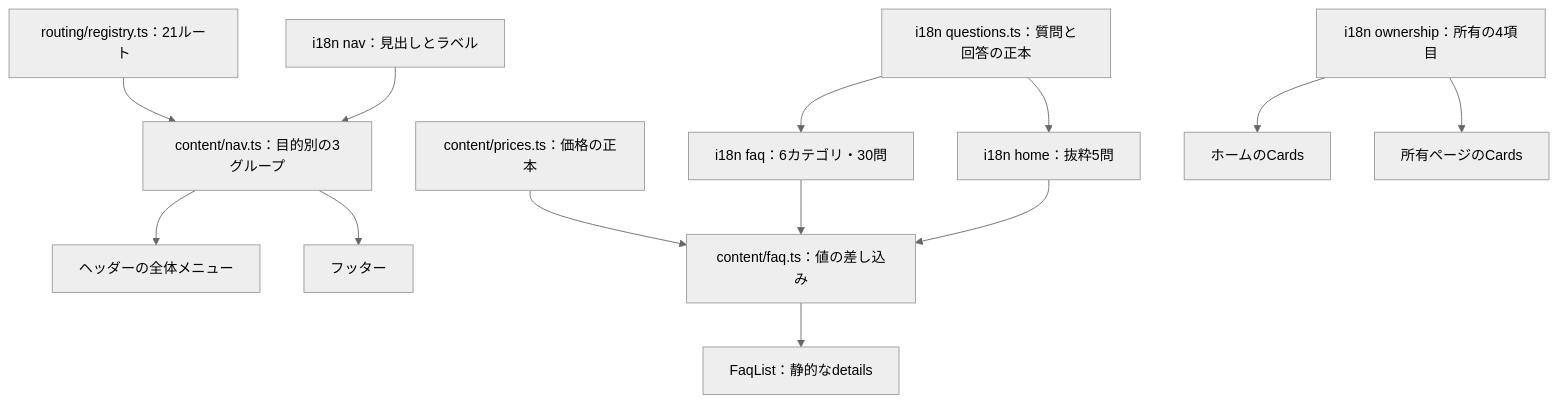
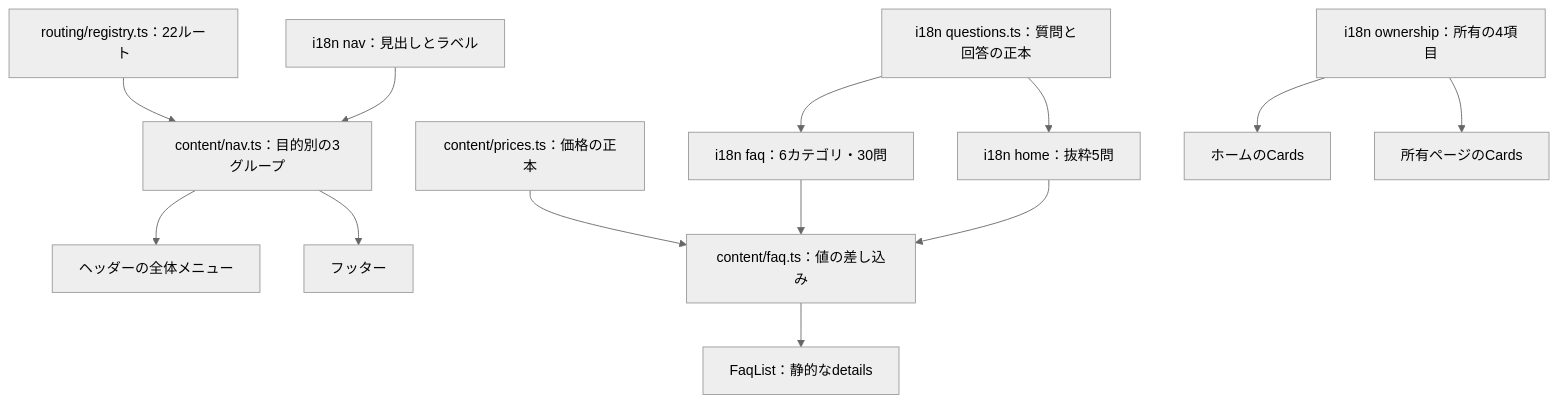
The second of 2 diagrams in docs/product/information-architecture.md (bright-broom/tsumugi), drawn with Mermaid (neutral theme) before and after one commit. The commit also changed other lines of this file and 31 other files, not shown here.

````diff
--- a/docs/product/information-architecture.md
+++ b/docs/product/information-architecture.md
@@ -46,15 +47,15 @@
 ```mermaid
 flowchart TD
-  Routes[routing/registry.ts：21ルート] --> Nav[content/nav.ts：目的別の3グループ]
+  Routes[routing/registry.ts：22ルート] --> Nav[content/nav.ts：目的別の3グループ]
   Labels[i18n nav：見出しとラベル] --> Nav
   Nav --> Menu[ヘッダーの全体メニュー]
   Nav --> Footer[フッター]
   Questions[i18n questions.ts：質問と回答の正本] --> Faq[i18n faq：6カテゴリ・30問]
   Questions --> Home[i18n home：抜粋5問]
   Prices[content/prices.ts：価格の正本] --> Resolve[content/faq.ts：値の差し込み]
   Faq --> Resolve
   Home --> Resolve
   Resolve --> List[FaqList：静的なdetails]
   Ownership[i18n ownership：所有の4項目] --> HomeCards[ホームのCards]
   Ownership --> OwnedCards[所有ページのCards]
 ```
````
